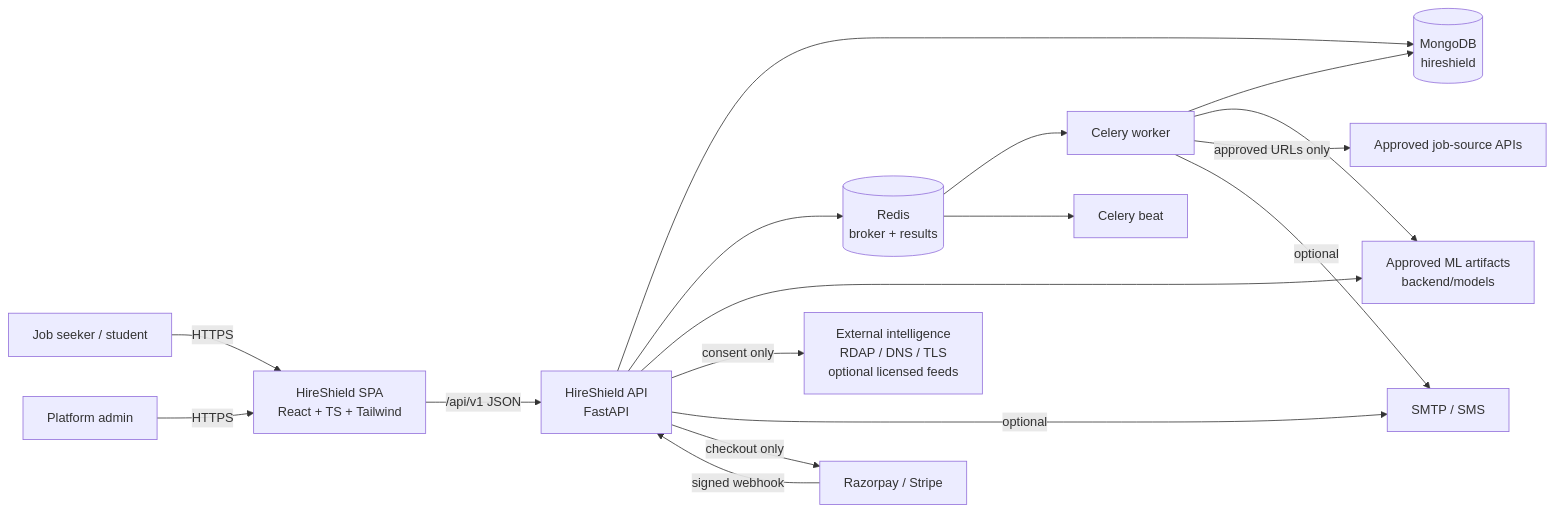
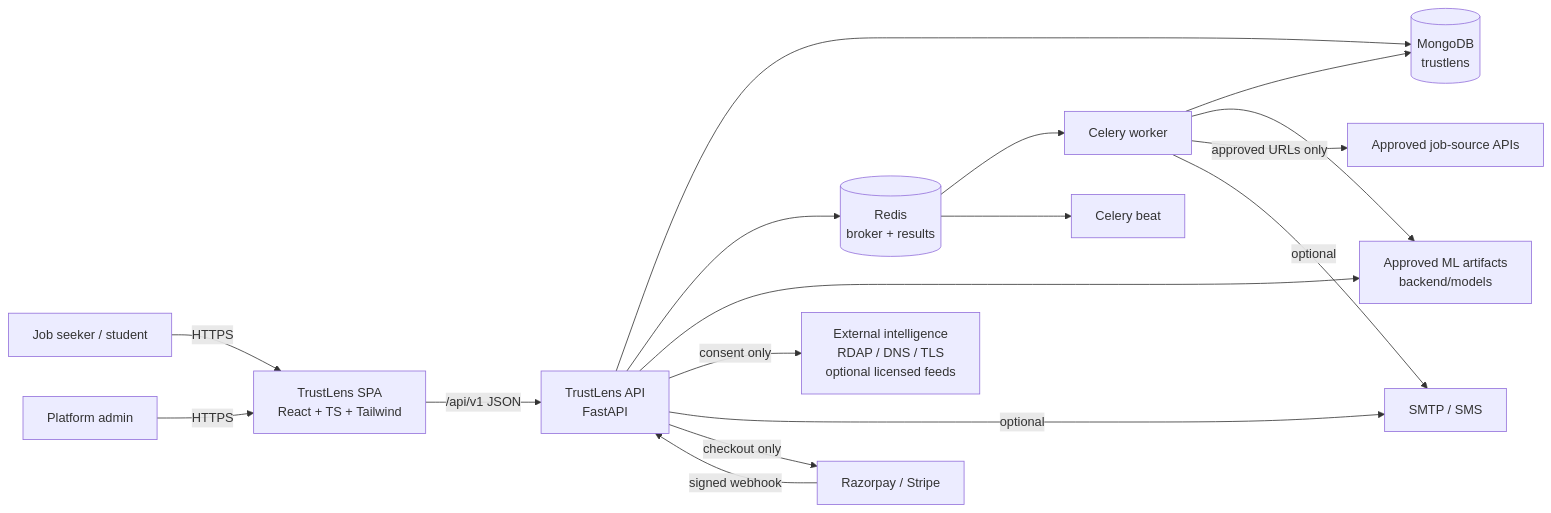
The first of 5 diagrams in docs/ARCHITECTURE.md (Sanukrrajput/trustlens-ai), drawn with Mermaid before and after one commit. The commit also changed other lines of this file and 116 other files, not shown here.

First line of the commit message:
feat: complete TrustLens AI rebrand and hardening

````diff
--- a/docs/ARCHITECTURE.md
+++ b/docs/ARCHITECTURE.md
@@ -25,22 +25,22 @@
 ```mermaid
 flowchart LR
-    JS["Job seeker / student"] -->|HTTPS| SPA["HireShield SPA<br/>React + TS + Tailwind"]
+    JS["Job seeker / student"] -->|HTTPS| SPA["TrustLens SPA<br/>React + TS + Tailwind"]
     ADMIN["Platform admin"] -->|HTTPS| SPA
-    SPA -->|"/api/v1 JSON"| API["HireShield API<br/>FastAPI"]
+    SPA -->|"/api/v1 JSON"| API["TrustLens API<br/>FastAPI"]
 
-    API --> MONGO[("MongoDB<br/>hireshield")]
+    API --> MONGO[("MongoDB<br/>trustlens")]
     API --> REDIS[("Redis<br/>broker + results")]
     REDIS --> WORKER["Celery worker"]
     REDIS --> BEAT["Celery beat"]
     WORKER --> MONGO
 
     API --> ML["Approved ML artifacts<br/>backend/models"]
     WORKER --> ML
     API -->|"consent only"| EXT["External intelligence<br/>RDAP / DNS / TLS<br/>optional licensed feeds"]
     WORKER -->|"approved URLs only"| JOBS["Approved job-source APIs"]
     API -->|"optional"| MAIL["SMTP / SMS"]
     WORKER -->|"optional"| MAIL
 
     API -->|"checkout only"| PAY["Razorpay / Stripe"]
     PAY -->|"signed webhook"| API
 ```
````
